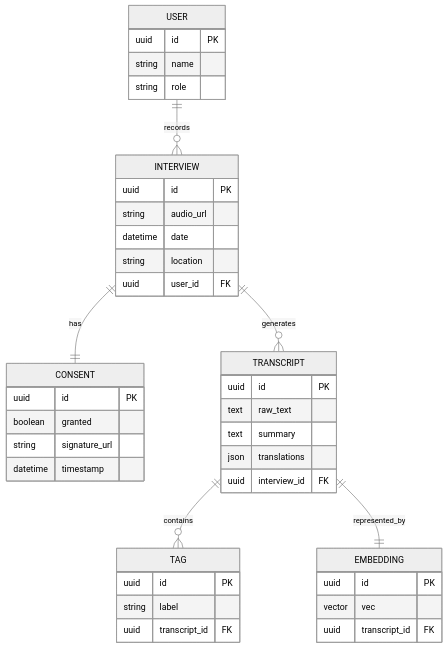
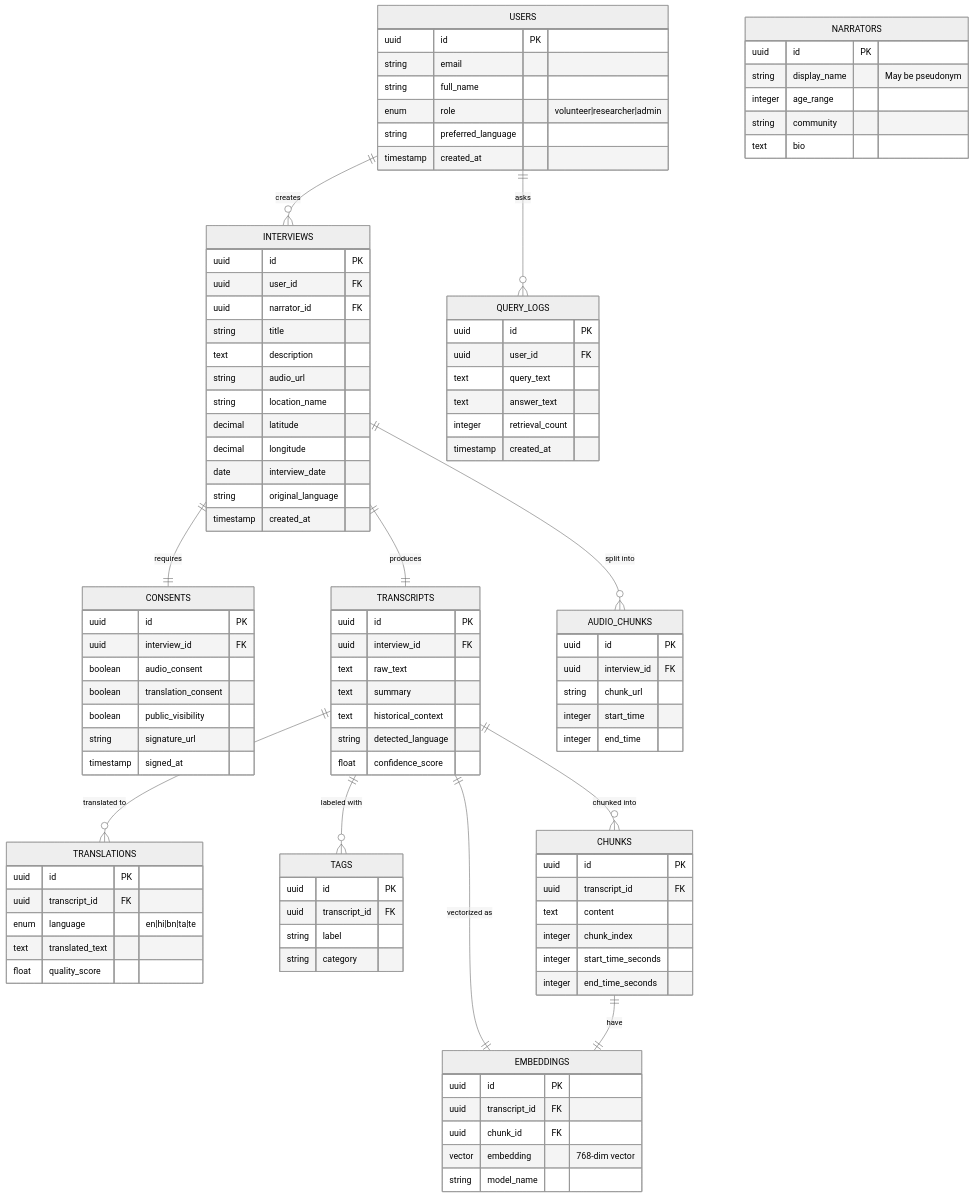
One commit to Subhadip-Paul2006/LokKatha-AI changed the fifth of 15 diagrams in docs/TRD.md. Above: the diagram before and after it, drawn with Mermaid (neutral theme). The commit also changed other lines of this file and 12 other files, not shown here.

````diff
--- a/docs/TRD.md
+++ b/docs/TRD.md
@@ -30,44 +181,104 @@
 ```mermaid
 erDiagram
-    USER ||--o{ INTERVIEW : records
-    INTERVIEW ||--|| CONSENT : has
-    INTERVIEW ||--o{ TRANSCRIPT : generates
-    TRANSCRIPT ||--o{ TAG : contains
-    TRANSCRIPT ||--|| EMBEDDING : represented_by
+    USERS ||--o{ INTERVIEWS : "creates"
+    USERS ||--o{ QUERY_LOGS : "asks"
+    INTERVIEWS ||--|| CONSENTS : "requires"
+    INTERVIEWS ||--|| TRANSCRIPTS : "produces"
+    INTERVIEWS ||--o{ AUDIO_CHUNKS : "split into"
+    TRANSCRIPTS ||--o{ TRANSLATIONS : "translated to"
+    TRANSCRIPTS ||--o{ TAGS : "labeled with"
+    TRANSCRIPTS ||--|| EMBEDDINGS : "vectorized as"
+    TRANSCRIPTS ||--o{ CHUNKS : "chunked into"
+    CHUNKS ||--|| EMBEDDINGS : "have"
     
-    USER {
+    USERS {
         uuid id PK
-        string name
-        string role
+        string email
+        string full_name
+        enum role "volunteer|researcher|admin"
+        string preferred_language
+        timestamp created_at
     }
-    INTERVIEW {
+    INTERVIEWS {
         uuid id PK
+        uuid user_id FK
+        uuid narrator_id FK
+        string title
+        text description
         string audio_url
-        datetime date
-        string location
-        uuid user_id FK
+        string location_name
+        decimal latitude
+        decimal longitude
+        date interview_date
+        string original_language
+        timestamp created_at
     }
-    CONSENT {
+    NARRATORS {
         uuid id PK
-        boolean granted
+        string display_name "May be pseudonym"
+        integer age_range
+        string community
+        text bio
+    }
+    CONSENTS {
+        uuid id PK
+        uuid interview_id FK
+        boolean audio_consent
+        boolean translation_consent
+        boolean public_visibility
         string signature_url
-        datetime timestamp
+        timestamp signed_at
     }
-    TRANSCRIPT {
+    TRANSCRIPTS {
         uuid id PK
+        uuid interview_id FK
         text raw_text
         text summary
-        json translations
+        text historical_context
+        string detected_language
+        float confidence_score
+    }
+    TRANSLATIONS {
+        uuid id PK
+        uuid transcript_id FK
+        enum language "en|hi|bn|ta|te"
+        text translated_text
+        float quality_score
+    }
+    TAGS {
+        uuid id PK
+        uuid transcript_id FK
+        string label
+        string category
+    }
+    EMBEDDINGS {
+        uuid id PK
+        uuid transcript_id FK
+        uuid chunk_id FK
+        vector embedding "768-dim vector"
+        string model_name
+    }
+    CHUNKS {
+        uuid id PK
+        uuid transcript_id FK
+        text content
+        integer chunk_index
+        integer start_time_seconds
+        integer end_time_seconds
+    }
+    AUDIO_CHUNKS {
+        uuid id PK
         uuid interview_id FK
+        string chunk_url
+        integer start_time
+        integer end_time
     }
-    TAG {
+    QUERY_LOGS {
         uuid id PK
-        string label
-        uuid transcript_id FK
-    }
-    EMBEDDING {
-        uuid id PK
-        vector vec
-        uuid transcript_id FK
+        uuid user_id FK
+        text query_text
+        text answer_text
+        integer retrieval_count
+        timestamp created_at
     }
 ```
````
